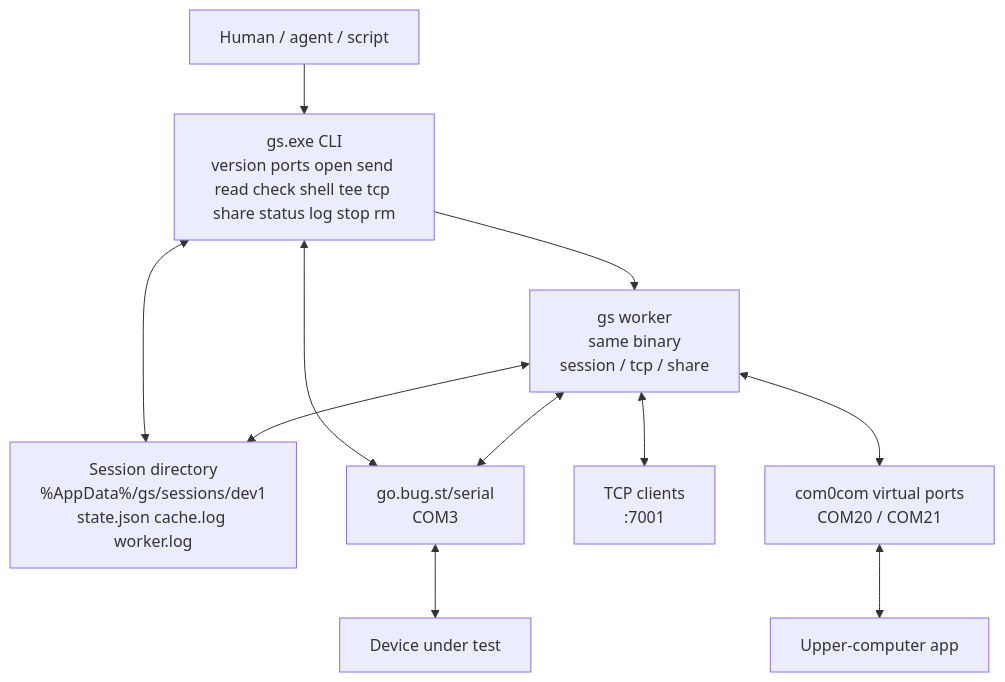
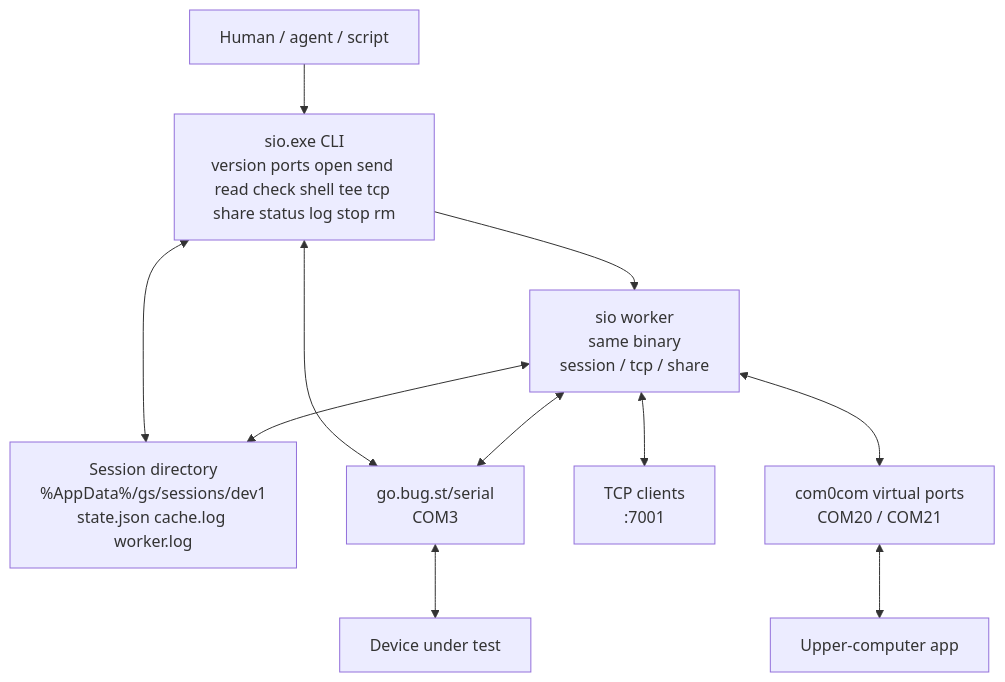
One commit to shikihane/go-serial-cli changed the third of 4 diagrams in README.md. Above: the diagram before and after it, drawn with Mermaid. The commit also changed other lines of this file and 25 other files, not shown here.

````diff
--- a/README.md
+++ b/README.md
@@ -458,23 +488,23 @@
 ```mermaid
 flowchart TB
     user["Human / agent / script"]
-    cli["gs.exe CLI\nversion ports open send read check shell tee tcp share status log stop rm"]
+    cli["sio.exe CLI\nversion ports open send read check shell tee tcp share status log stop rm"]
     store["Session directory\n%AppData%/gs/sessions/dev1\nstate.json cache.log worker.log"]
-    worker["gs worker\nsame binary\nsession / tcp / share"]
+    worker["sio worker\nsame binary\nsession / tcp / share"]
     serial["go.bug.st/serial\nCOM3"]
     device["Device under test"]
     tcp["TCP clients\n:7001"]
     com0com["com0com virtual ports\nCOM20 / COM21"]
     app["Upper-computer app"]
 
     user --> cli
     cli <--> store
     cli <--> serial
     serial <--> device
     cli --> worker
     worker <--> store
     worker <--> serial
     worker <--> tcp
     worker <--> com0com
     com0com <--> app
 ```
````
